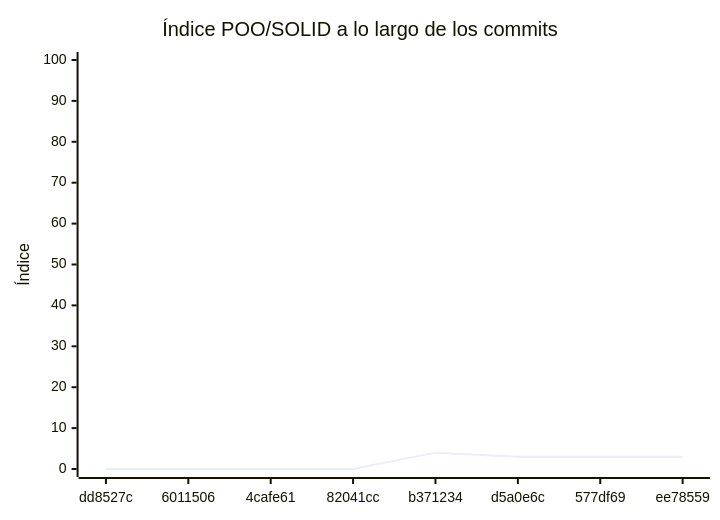
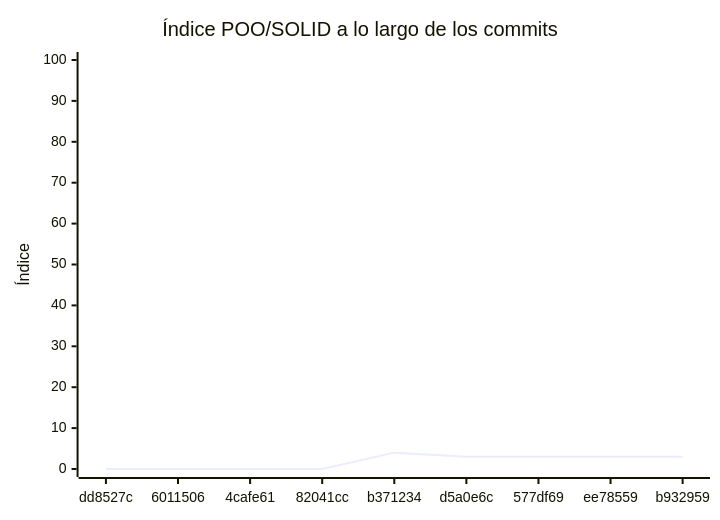
The diagram in docs/EVALUACION.md (organizacion-sonica/proyecto-fisica), drawn with Mermaid before and after one commit. The commit also changed other lines of this file, not shown here.

````diff
--- a/docs/EVALUACION.md
+++ b/docs/EVALUACION.md
@@ -301,7 +301,7 @@
 ```mermaid
 xychart-beta
     title "Índice POO/SOLID a lo largo de los commits"
-    x-axis ["dd8527c", "6011506", "4cafe61", "82041cc", "b371234", "d5a0e6c", "577df69", "ee78559"]
+    x-axis ["dd8527c", "6011506", "4cafe61", "82041cc", "b371234", "d5a0e6c", "577df69", "ee78559", "b932959"]
     y-axis "Índice" 0 --> 100
-    line [0, 0, 0, 0, 4, 3, 3, 3]
+    line [0, 0, 0, 0, 4, 3, 3, 3, 3]
 ```
````
